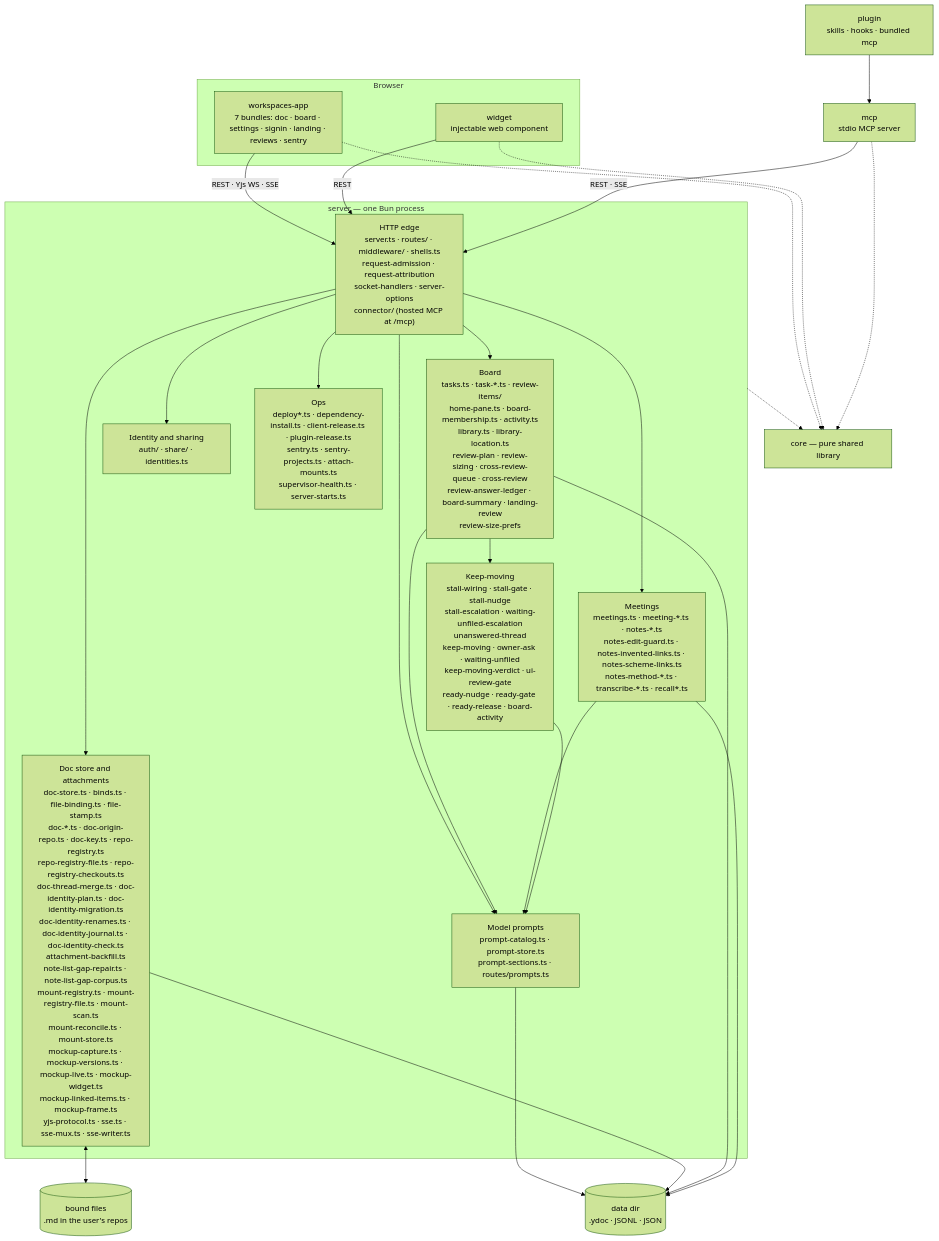
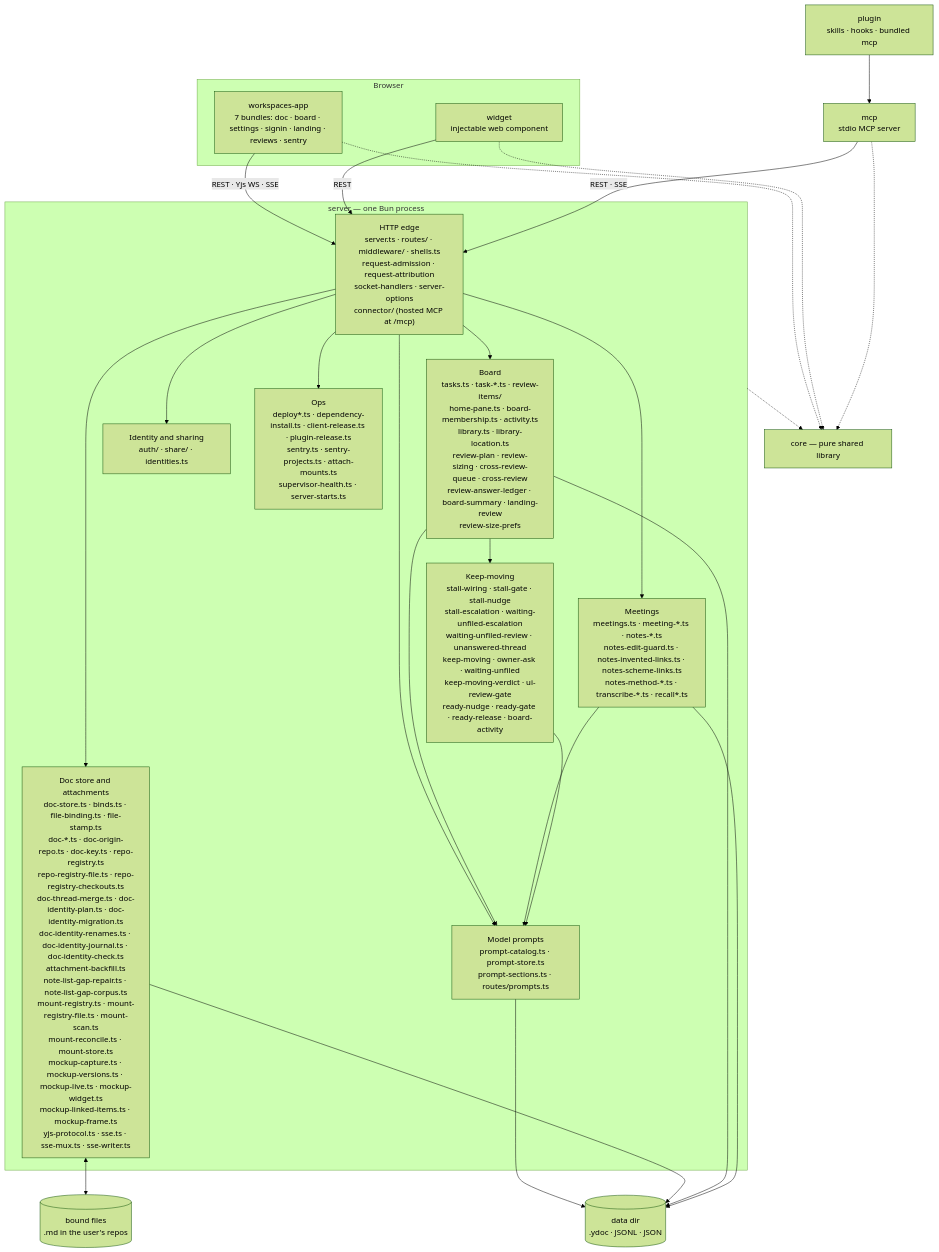
Before and after one commit to fryanpan/claude-workspaces-plugin: the first of 2 diagrams in docs/architecture/overview.md, drawn with Mermaid (forest theme). The commit also changed other lines of this file and 6 other files, not shown here.

````diff
--- a/docs/architecture/overview.md
+++ b/docs/architecture/overview.md
@@ -45,35 +45,35 @@
 ```mermaid
 flowchart TB
   subgraph browser[Browser]
     app["workspaces-app<br/>7 bundles: doc · board · settings · signin · landing · reviews · sentry"]
     wid["widget<br/>injectable web component"]
   end
   plug["plugin<br/>skills · hooks · bundled mcp"]
   mcp["mcp<br/>stdio MCP server"]
   subgraph srv["server — one Bun process"]
     edge["HTTP edge<br/>server.ts · routes/ · middleware/ · shells.ts<br/>request-admission · request-attribution<br/>socket-handlers · server-options<br/>connector/ (hosted MCP at /mcp)"]
     docs["Doc store and attachments<br/>doc-store.ts · binds.ts · file-binding.ts · file-stamp.ts<br/>doc-*.ts · doc-origin-repo.ts · doc-key.ts · repo-registry.ts<br/>repo-registry-file.ts · repo-registry-checkouts.ts<br/>doc-thread-merge.ts · doc-identity-plan.ts · doc-identity-migration.ts<br/>doc-identity-renames.ts · doc-identity-journal.ts · doc-identity-check.ts<br/>attachment-backfill.ts<br/>note-list-gap-repair.ts · note-list-gap-corpus.ts<br/>mount-registry.ts · mount-registry-file.ts · mount-scan.ts<br/>mount-reconcile.ts · mount-store.ts<br/>mockup-capture.ts · mockup-versions.ts · mockup-live.ts · mockup-widget.ts<br/>mockup-linked-items.ts · mockup-frame.ts<br/>yjs-protocol.ts · sse.ts · sse-mux.ts · sse-writer.ts"]
     board["Board<br/>tasks.ts · task-*.ts · review-items/<br/>home-pane.ts · board-membership.ts · activity.ts<br/>library.ts · library-location.ts<br/>review-plan · review-sizing · cross-review-queue · cross-review<br/>review-answer-ledger · board-summary · landing-review<br/>review-size-prefs"]
     meet["Meetings<br/>meetings.ts · meeting-*.ts · notes-*.ts<br/>notes-edit-guard.ts · notes-invented-links.ts · notes-scheme-links.ts<br/>notes-method-*.ts · transcribe-*.ts · recall*.ts"]
-    keep["Keep-moving<br/>stall-wiring · stall-gate · stall-nudge<br/>stall-escalation · waiting-unfiled-escalation<br/>unanswered-thread<br/>keep-moving · owner-ask · waiting-unfiled<br/>keep-moving-verdict · ui-review-gate<br/>ready-nudge · ready-gate · ready-release · board-activity"]
+    keep["Keep-moving<br/>stall-wiring · stall-gate · stall-nudge<br/>stall-escalation · waiting-unfiled-escalation<br/>waiting-unfiled-review · unanswered-thread<br/>keep-moving · owner-ask · waiting-unfiled<br/>keep-moving-verdict · ui-review-gate<br/>ready-nudge · ready-gate · ready-release · board-activity"]
     ident["Identity and sharing<br/>auth/ · share/ · identities.ts"]
     prompts["Model prompts<br/>prompt-catalog.ts · prompt-store.ts<br/>prompt-sections.ts · routes/prompts.ts"]
     ops["Ops<br/>deploy*.ts · dependency-install.ts · client-release.ts · plugin-release.ts<br/>sentry.ts · sentry-projects.ts · attach-mounts.ts<br/>supervisor-health.ts · server-starts.ts"]
   end
   core["core — pure shared library"]
   disk[("data dir<br/>.ydoc · JSONL · JSON")]
   files[("bound files<br/>.md in the user's repos")]
 
   app -->|"REST · Yjs WS · SSE"| edge
   wid -->|REST| edge
   plug --> mcp
   mcp -->|"REST · SSE"| edge
   edge --> docs & board & meet & ident & ops & prompts
   board & meet & keep --> prompts
   prompts --> disk
   board --> keep
   docs <--> files
   docs & board & meet --> disk
   app & wid & mcp -.-> core
   srv -.-> core
 ```
````
